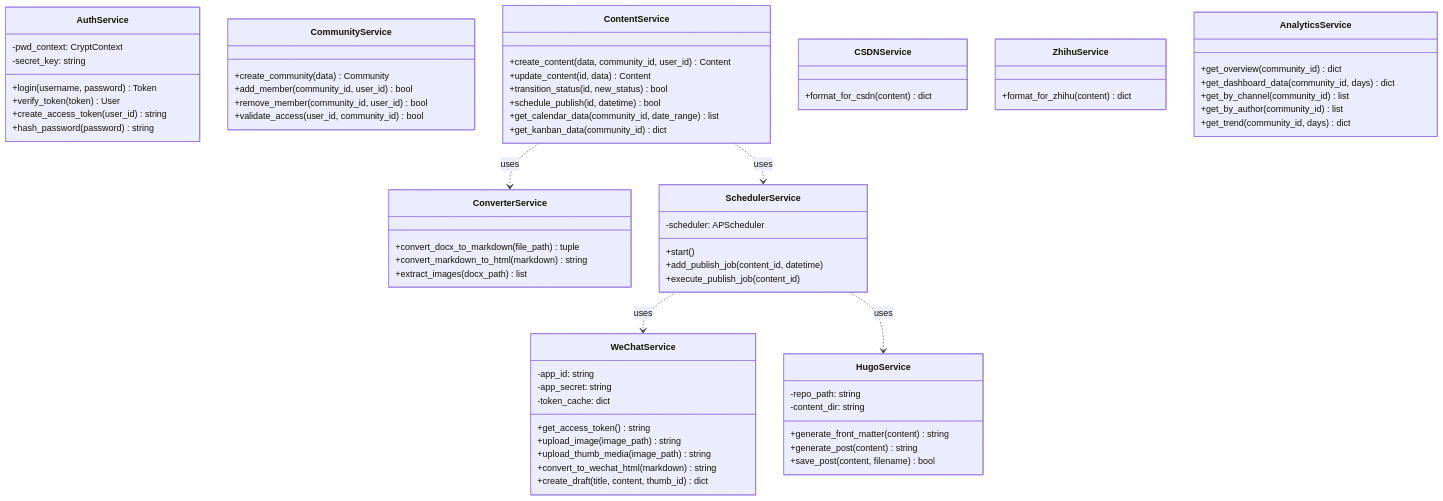
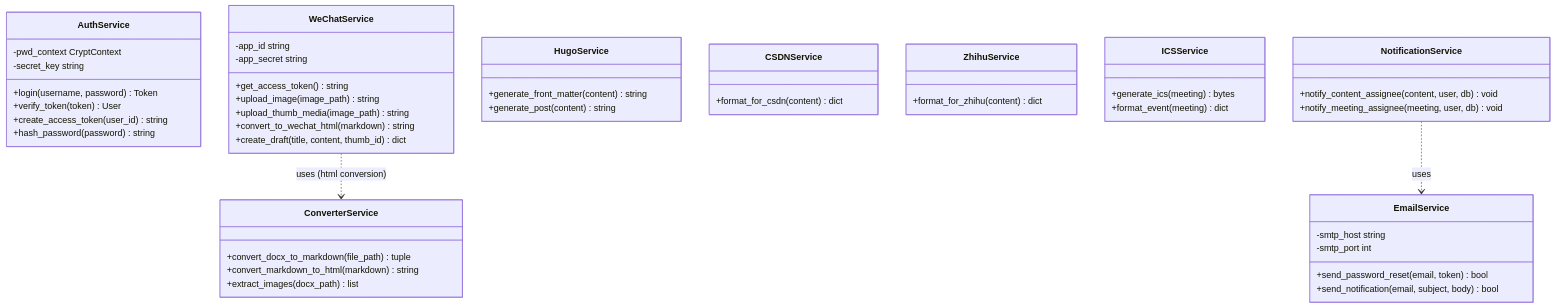
Before and after one commit to ZhengZhenyu/omnicontent: the third of 17 diagrams in docs/uml/01-类图与时序图.md, drawn with Mermaid. The commit also changed other lines of this file and 15 other files, not shown here.

````diff
--- a/docs/uml/01-类图与时序图.md
+++ b/docs/uml/01-类图与时序图.md
@@ -137,81 +240,61 @@
 ```mermaid
 classDiagram
     class AuthService {
-        -pwd_context: CryptContext
-        -secret_key: string
+        -pwd_context CryptContext
+        -secret_key string
         +login(username, password) Token
         +verify_token(token) User
         +create_access_token(user_id) string
         +hash_password(password) string
-    }
-
-    class CommunityService {
-        +create_community(data) Community
-        +add_member(community_id, user_id) bool
-        +remove_member(community_id, user_id) bool
-        +validate_access(user_id, community_id) bool
-    }
-
-    class ContentService {
-        +create_content(data, community_id, user_id) Content
-        +update_content(id, data) Content
-        +transition_status(id, new_status) bool
-        +schedule_publish(id, datetime) bool
-        +get_calendar_data(community_id, date_range) list
-        +get_kanban_data(community_id) dict
     }
 
     class ConverterService {
         +convert_docx_to_markdown(file_path) tuple
         +convert_markdown_to_html(markdown) string
         +extract_images(docx_path) list
     }
 
     class WeChatService {
-        -app_id: string
-        -app_secret: string
-        -token_cache: dict
+        -app_id string
+        -app_secret string
         +get_access_token() string
         +upload_image(image_path) string
         +upload_thumb_media(image_path) string
         +convert_to_wechat_html(markdown) string
         +create_draft(title, content, thumb_id) dict
     }
 
     class HugoService {
-        -repo_path: string
-        -content_dir: string
         +generate_front_matter(content) string
         +generate_post(content) string
-        +save_post(content, filename) bool
     }
 
     class CSDNService {
         +format_for_csdn(content) dict
     }
 
     class ZhihuService {
         +format_for_zhihu(content) dict
     }
 
-    class SchedulerService {
-        -scheduler: APScheduler
-        +start()
-        +add_publish_job(content_id, datetime)
-        +execute_publish_job(content_id)
+    class ICSService {
+        +generate_ics(meeting) bytes
+        +format_event(meeting) dict
     }
 
-    class AnalyticsService {
-        +get_overview(community_id) dict
-        +get_dashboard_data(community_id, days) dict
-        +get_by_channel(community_id) list
-        +get_by_author(community_id) list
-        +get_trend(community_id, days) dict
+    class EmailService {
+        -smtp_host string
+        -smtp_port int
+        +send_password_reset(email, token) bool
+        +send_notification(email, subject, body) bool
     }
 
-    %% 服务依赖关系
-    ContentService ..> ConverterService : uses
-    ContentService ..> SchedulerService : uses
-    SchedulerService ..> WeChatService : uses
-    SchedulerService ..> HugoService : uses
+    class NotificationService {
+        +notify_content_assignee(content, user, db) void
+        +notify_meeting_assignee(meeting, user, db) void
+    }
+
+    %% 依赖
+    NotificationService ..> EmailService : uses
+    WeChatService ..> ConverterService : uses (html conversion)
 ```
````
